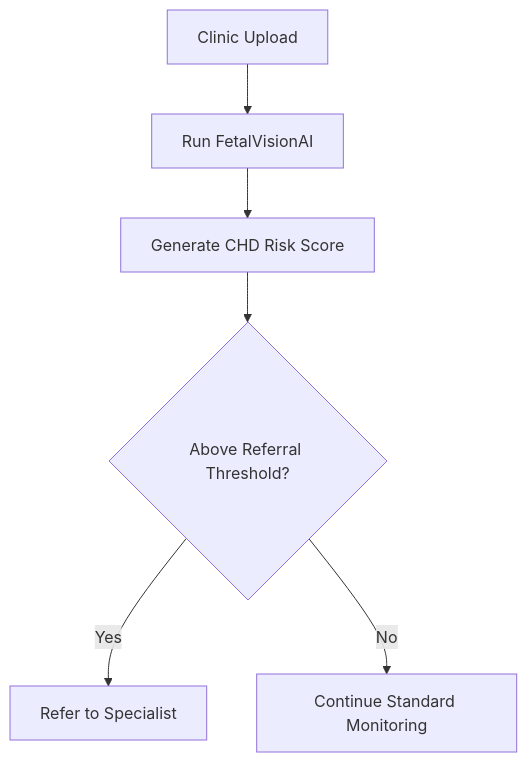
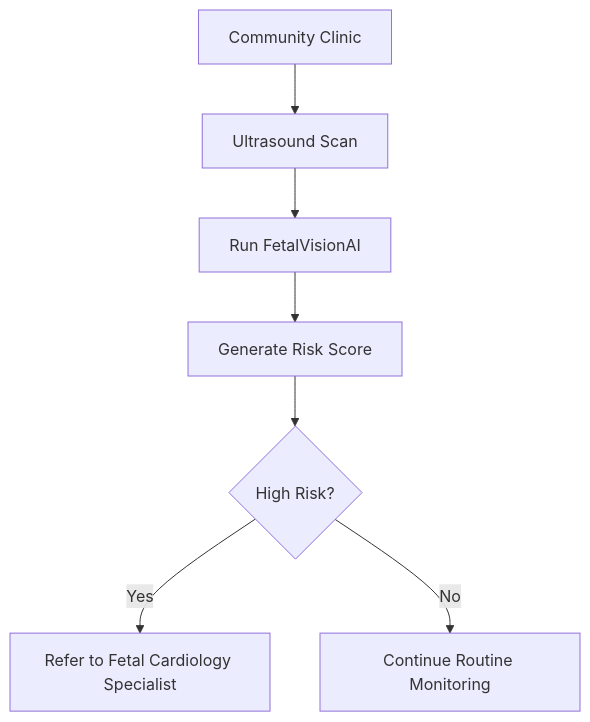
Before and after one commit to meghnanag2/FetalVisionAI: the second of 2 diagrams in README.md, drawn with Mermaid. The commit also changed other lines of this file, not shown here.

````diff
--- a/README.md
+++ b/README.md
@@ -161,9 +147,10 @@
 ```mermaid
 flowchart TD
-A[Clinic Upload] --> B[Run FetalVisionAI]
-B --> C[Generate CHD Risk Score]
-C --> D{Above Referral Threshold?}
+A[Community Clinic] --> B[Ultrasound Scan]
+B --> C[Run FetalVisionAI]
+C --> D[Generate Risk Score]
+D --> E{High Risk?}
 
-D -->|Yes| E[Refer to Specialist]
-D -->|No| F[Continue Standard Monitoring]
+E -->|Yes| F[Refer to Fetal Cardiology Specialist]
+E -->|No| G[Continue Routine Monitoring]
 ```
````
